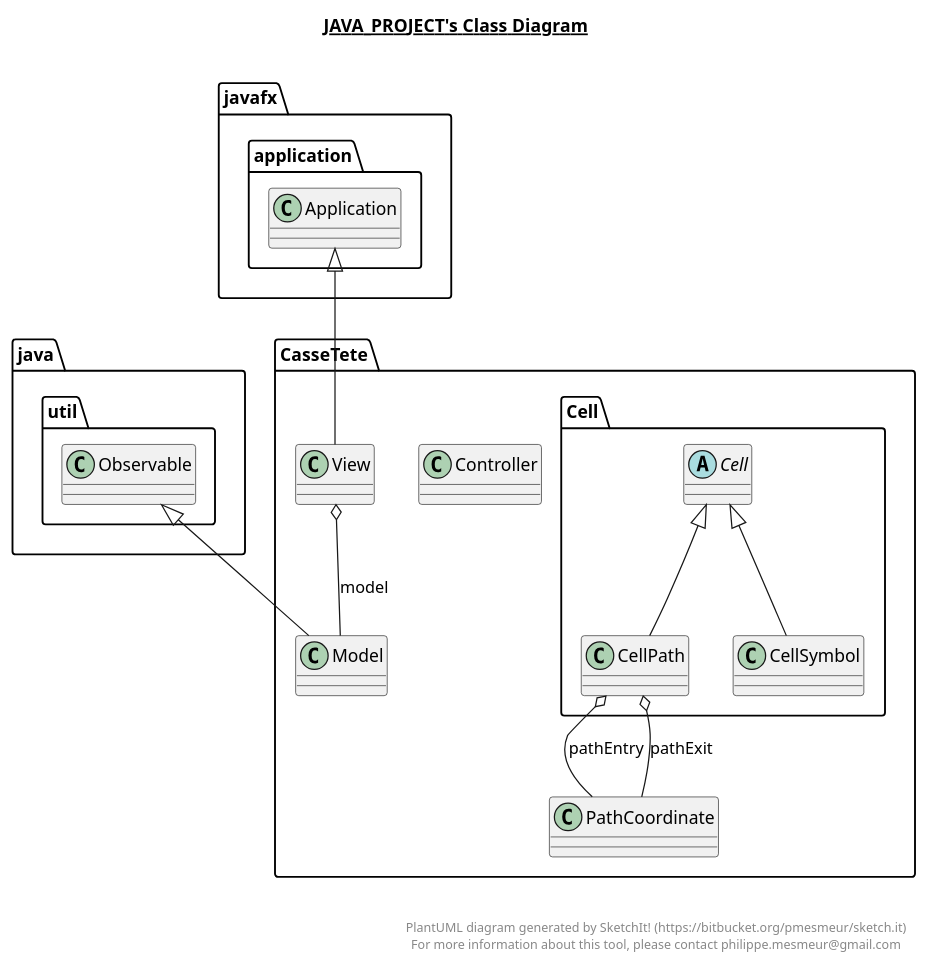
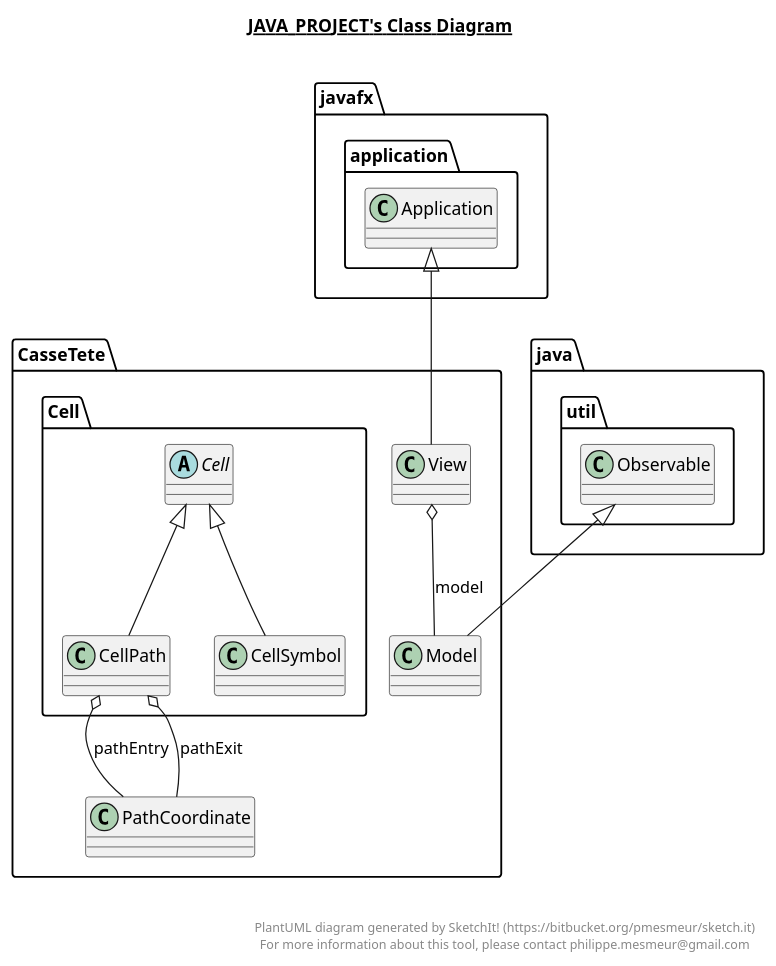
Before and after one commit to Mex21/CasseTete: the diagram in CasseTete.plantuml, drawn with PlantUML. The commit also changed 11 other files, not shown here.

```diff
--- a/CasseTete.plantuml
+++ b/CasseTete.plantuml
@@ -1,69 +1,63 @@
 @startuml
 
 title __JAVA_PROJECT's Class Diagram__\n
 
   namespace CasseTete {
     namespace Cell {
       abstract class CasseTete.Cell.Cell {
       }
     }
   }
   
 
   namespace CasseTete {
     namespace Cell {
       class CasseTete.Cell.CellPath {
       }
     }
   }
   
 
   namespace CasseTete {
     namespace Cell {
       class CasseTete.Cell.CellSymbol {
       }
-    }
-  }
-  
-
-  namespace CasseTete {
-    class CasseTete.Controller {
     }
   }
   
 
   namespace CasseTete {
     class CasseTete.Model {
     }
   }
   
 
   namespace CasseTete {
     class CasseTete.PathCoordinate {
     }
   }
   
 
   namespace CasseTete {
     class CasseTete.View {
     }
   }
   
 
   CasseTete.Cell.CellPath -up-|> CasseTete.Cell.Cell
   CasseTete.Cell.CellPath o-- CasseTete.PathCoordinate : pathEntry
   CasseTete.Cell.CellPath o-- CasseTete.PathCoordinate : pathExit
   CasseTete.Cell.CellSymbol -up-|> CasseTete.Cell.Cell
   CasseTete.Model -up-|> java.util.Observable
   CasseTete.View -up-|> javafx.application.Application
   CasseTete.View o-- CasseTete.Model : model
 
 
 right footer
 
 
 PlantUML diagram generated by SketchIt! (https://bitbucket.org/pmesmeur/sketch.it)
 For more information about this tool, please contact philippe.mesmeur@gmail.com
 endfooter
 
 @enduml
```
